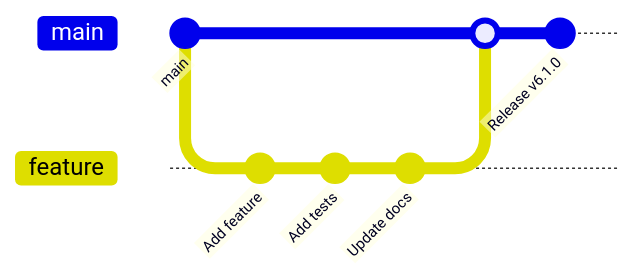
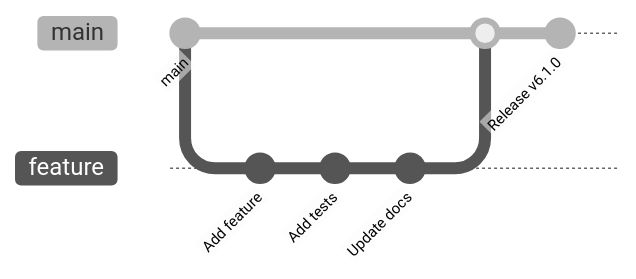
One commit to sumith1309/Project_Sahara_Sense changed diagram 14 of 14 in README.md. Above: the diagram before and after it, drawn with Mermaid. The commit also changed other lines of this file, not shown here.

Commit message:
docs: Enhance Mermaid diagrams visibility with neutral theme

````diff
--- a/README.md
+++ b/README.md
@@ -833,12 +846,13 @@
 ```mermaid
+%%{init: {'theme': 'neutral'}}%%
 gitGraph
     commit id: "main"
     branch feature
     checkout feature
     commit id: "Add feature"
     commit id: "Add tests"
     commit id: "Update docs"
     checkout main
     merge feature
     commit id: "Release v6.1.0"
 ```
````
